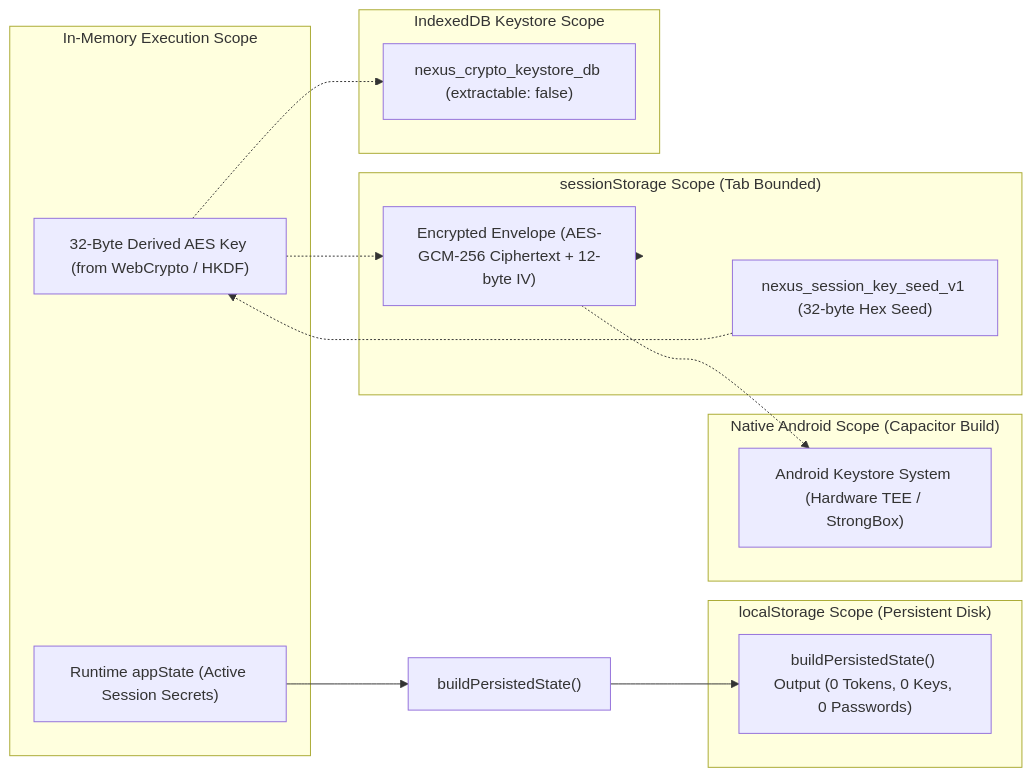
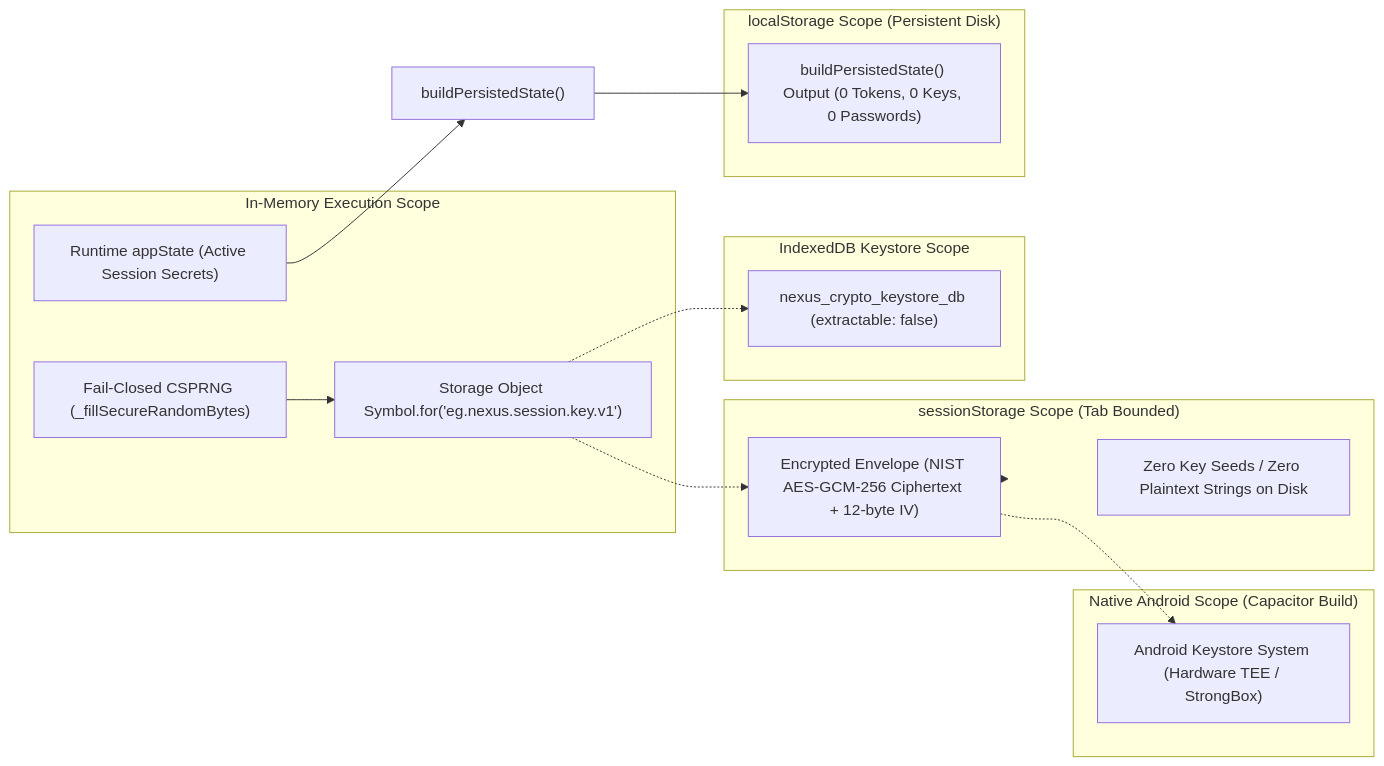
One commit to dicardotr46-max/EG-Nexus-OS changed the second of 2 diagrams in AUDIT_REPORT.md. Above: the diagram before and after it, drawn with Mermaid. The commit also changed other lines of this file and 29 other files, not shown here.

Commit message:
feat(v5.7): harden CSPRNG & zero-seed keystore, fix URL/tag sanitization bypasses, pin CI action SHAs & secure apksigner env pass

````diff
--- a/AUDIT_REPORT.md
+++ b/AUDIT_REPORT.md
@@ -258,32 +260,33 @@
 ```mermaid
 flowchart LR
     subgraph IN_MEMORY["In-Memory Execution Scope"]
-        RAW_KEY["32-Byte Derived AES Key (from WebCrypto / HKDF)"]
+        SYM_KEY["Storage Object Symbol.for('eg.nexus.session.key.v1')"]
+        CSPRNG["Fail-Closed CSPRNG (_fillSecureRandomBytes)"]
         APP_STATE["Runtime appState (Active Session Secrets)"]
     end
 
     subgraph SESSION_STORAGE["sessionStorage Scope (Tab Bounded)"]
-        SEED["nexus_session_key_seed_v1 (32-byte Hex Seed)"]
-        VAULT["Encrypted Envelope (AES-GCM-256 Ciphertext + 12-byte IV)"]
+        VAULT["Encrypted Envelope (NIST AES-GCM-256 Ciphertext + 12-byte IV)"]
+        NO_SEED["Zero Key Seeds / Zero Plaintext Strings on Disk"]
     end
 
     subgraph INDEXED_DB["IndexedDB Keystore Scope"]
         IDB_STORE["nexus_crypto_keystore_db (extractable: false)"]
     end
 
     subgraph LOCAL_STORAGE["localStorage Scope (Persistent Disk)"]
         STRIPPED["buildPersistedState() Output (0 Tokens, 0 Keys, 0 Passwords)"]
     end
 
     subgraph NATIVE_ANDROID["Native Android Scope (Capacitor Build)"]
         KEYSTORE["Android Keystore System (Hardware TEE / StrongBox)"]
     end
 
-    RAW_KEY -.-> VAULT
-    SEED -.-> RAW_KEY
-    RAW_KEY -.-> IDB_STORE
+    CSPRNG --> SYM_KEY
+    SYM_KEY -.-> VAULT
+    SYM_KEY -.-> IDB_STORE
     APP_STATE --> STRIP_FN["buildPersistedState()"]
     STRIP_FN --> STRIPPED
     VAULT --> SESSION_STORAGE
     VAULT -.-> KEYSTORE
 ```
````
